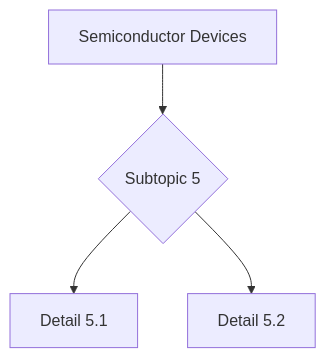
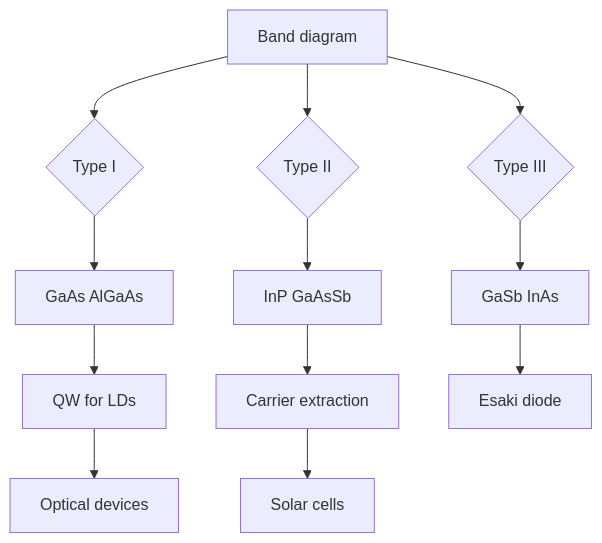
One commit to yip-lgtm/PhysicsSelfStudy changed the tenth of 10 diagrams in 03_MSc_Physics/advanced_materials_concentration/MSPY_5001_Semiconductor_Devices/README.md. Above: the diagram before and after it, drawn with Mermaid. The commit also changed other lines of this file and 21 other files, not shown here.

````diff
--- a/03_MSc_Physics/advanced_materials_concentration/MSPY_5001_Semiconductor_Devices/README.md
+++ b/03_MSc_Physics/advanced_materials_concentration/MSPY_5001_Semiconductor_Devices/README.md
@@ -291,6 +663,14 @@
 ```mermaid
 graph TD
-    A[Semiconductor Devices] --> B{Subtopic 5}
-    B --> C[Detail 5.1]
-    B --> D[Detail 5.2]
+    A[Band diagram] --> B{Type I}
+    A --> C{Type II}
+    A --> D{Type III}
+    B --> E[GaAs AlGaAs]
+    C --> F[InP GaAsSb]
+    D --> G[GaSb InAs]
+    E --> H[QW for LDs]
+    F --> I[Carrier extraction]
+    G --> J[Esaki diode]
+    H --> K[Optical devices]
+    I --> L[Solar cells]
 ```
````
